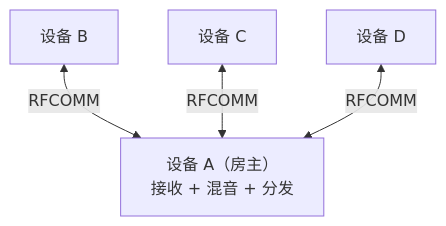
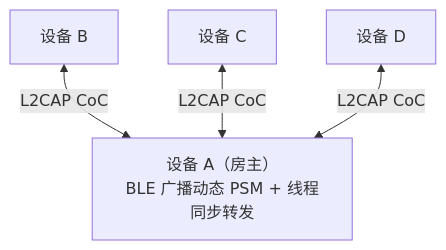
Before and after one commit to Starlordzz/sunsetripple: the second of 2 diagrams in docs/wiki/房间模式对比.md, drawn with Mermaid. The commit also changed other lines of this file and 6 other files, not shown here.

````diff
--- a/docs/wiki/房间模式对比.md
+++ b/docs/wiki/房间模式对比.md
@@ -47,11 +45,11 @@
 ```mermaid
 flowchart TD
-    H["设备 A（房主）<br/>接收 + 混音 + 分发"]
+    H["设备 A（房主）<br/>BLE 广播动态 PSM + 线程同步转发"]
     B["设备 B"]
     C["设备 C"]
     D["设备 D"]
 
-    B <-->|"RFCOMM"| H
-    C <-->|"RFCOMM"| H
-    D <-->|"RFCOMM"| H
+    B <-->|"L2CAP CoC"| H
+    C <-->|"L2CAP CoC"| H
+    D <-->|"L2CAP CoC"| H
 ```
````
